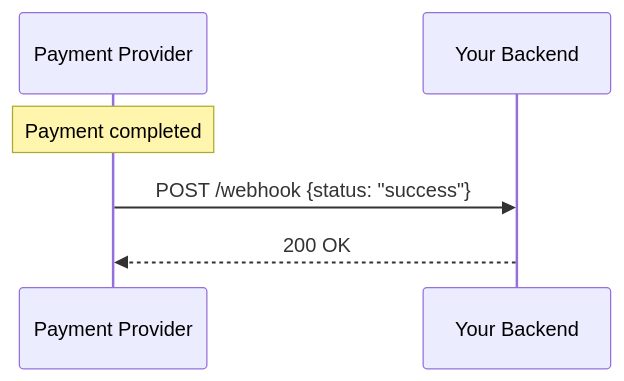
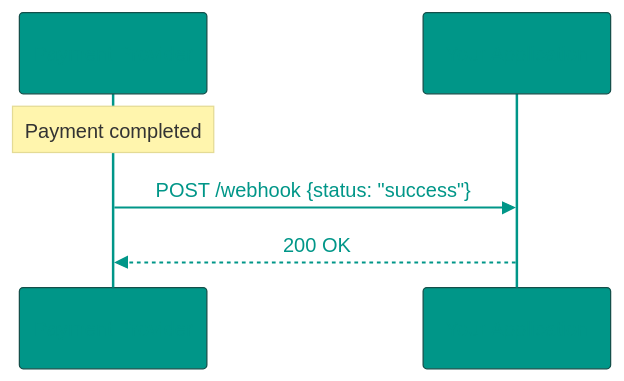
One commit to IBraveMonkey/data_structure-algorithms changed the third of 4 diagrams in eng/computer_science/03_networking/10_Polling_WebHooks_WebSocket.md. Above: the diagram before and after it, drawn with Mermaid. The commit also changed other lines of this file and 772 other files, not shown here.

````diff
--- a/eng/computer_science/03_networking/10_Polling_WebHooks_WebSocket.md
+++ b/eng/computer_science/03_networking/10_Polling_WebHooks_WebSocket.md
@@ -64,9 +84,17 @@
 ```mermaid
+%%{init: { 'theme': 'base', 'themeVariables': { 'lineColor': '#009688', 'primaryColor': '#009688', 'primaryTextColor': '#009688', 'attributeBkg': '#009688', 'attributeTextColor': '#009688', 'signalColor': '#009688', 'actorLineColor': '#009688', 'nodeBorder': '#009688', 'clusterBorder': '#009688', 'textColor': '#009688', 'fontSize': '16px' } } }%%
 sequenceDiagram
     participant Payment as Payment Provider
-    participant App as Your Backend
+    participant App as Your Application
 
     Note over Payment: Payment completed
     Payment->>App: POST /webhook {status: "success"}
     App-->>Payment: 200 OK
+
+
+
+
+
+
+
 ```
````
